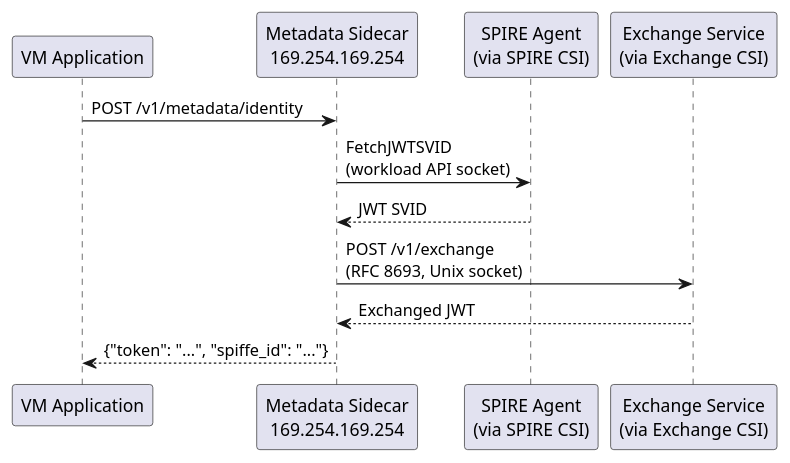
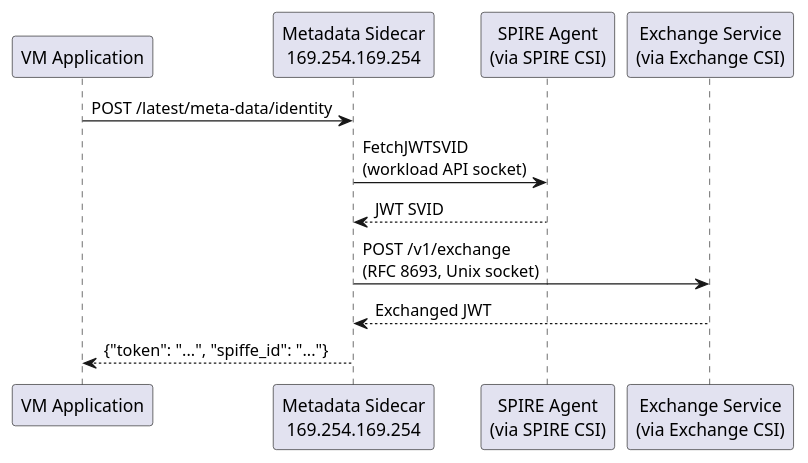
One commit to dsx-ai-factory/nvidia-workload-identity changed the fourth of 5 diagrams in README.md. Above: the diagram before and after it, drawn with PlantUML. The commit also changed other lines of this file and 3 other files, not shown here.

````diff
--- a/README.md
+++ b/README.md
@@ -277,15 +277,15 @@
 ```plantuml
 @startuml
 participant "VM Application" as App
 participant "Metadata Sidecar\n169.254.169.254" as Meta
 participant "SPIRE Agent\n(via SPIRE CSI)" as Agent
 participant "Exchange Service\n(via Exchange CSI)" as Exchange
 
-App -> Meta : POST /v1/metadata/identity
+App -> Meta : POST /latest/meta-data/identity
 Meta -> Agent : FetchJWTSVID\n(workload API socket)
 Agent --> Meta : JWT SVID
 Meta -> Exchange : POST /v1/exchange\n(RFC 8693, Unix socket)
 Exchange --> Meta : Exchanged JWT
 Meta --> App : {"token": "...", "spiffe_id": "..."}
 @enduml
 ```
````
